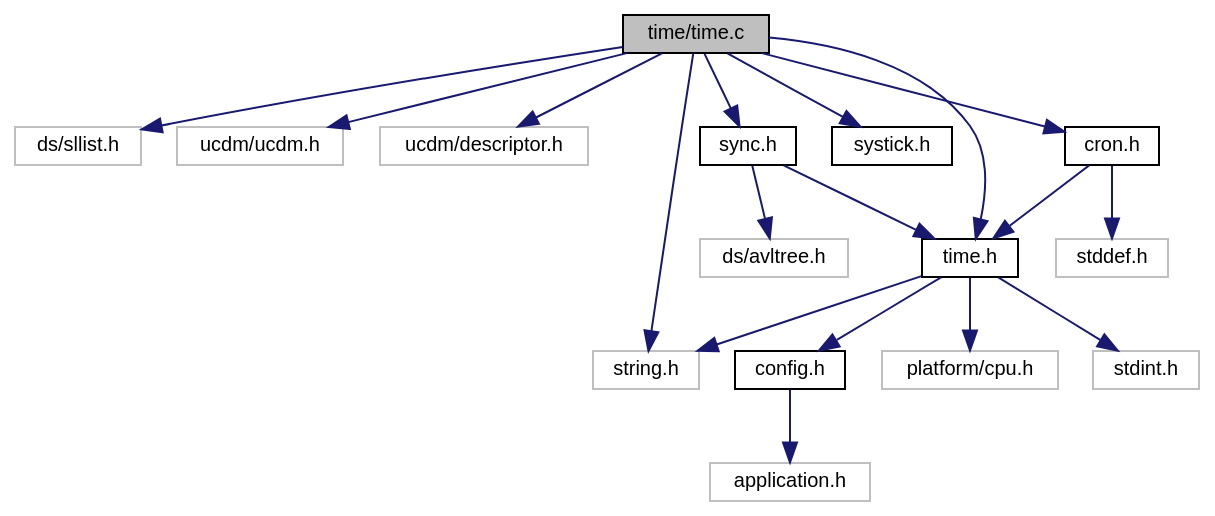
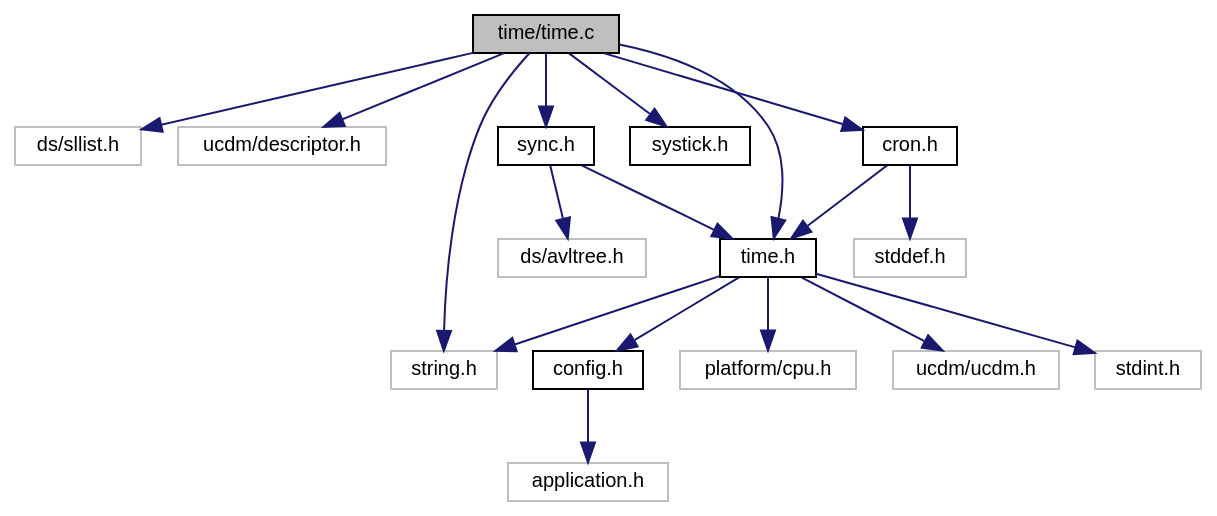
One commit to ebs-universe/piolib-time changed the diagram in time_8c__incl.dot. Above: the diagram before and after it, drawn with Graphviz. The commit also changed 68 other files, not shown here.

```diff
--- a/time_8c__incl.dot
+++ b/time_8c__incl.dot
@@ -1,40 +1,40 @@
 digraph "time/time.c"
 {
  // INTERACTIVE_SVG=YES
  // LATEX_PDF_SIZE
   bgcolor="transparent";
   edge [fontname="Helvetica",fontsize="10",labelfontname="Helvetica",labelfontsize="10"];
   node [fontname="Helvetica",fontsize="10",shape=record];
   Node1 [label="time/time.c",height=0.2,width=0.4,color="black", fillcolor="grey75", style="filled", fontcolor="black",tooltip="Time related function implementations."];
   Node1 -> Node2 [color="midnightblue",fontsize="10",style="solid",fontname="Helvetica"];
   Node2 [label="ds/sllist.h",height=0.2,width=0.4,color="grey75",tooltip=" "];
   Node1 -> Node3 [color="midnightblue",fontsize="10",style="solid",fontname="Helvetica"];
-  Node3 [label="ucdm/ucdm.h",height=0.2,width=0.4,color="grey75",tooltip=" "];
+  Node3 [label="ucdm/descriptor.h",height=0.2,width=0.4,color="grey75",tooltip=" "];
   Node1 -> Node4 [color="midnightblue",fontsize="10",style="solid",fontname="Helvetica"];
-  Node4 [label="ucdm/descriptor.h",height=0.2,width=0.4,color="grey75",tooltip=" "];
+  Node4 [label="string.h",height=0.2,width=0.4,color="grey75",tooltip=" "];
   Node1 -> Node5 [color="midnightblue",fontsize="10",style="solid",fontname="Helvetica"];
-  Node5 [label="string.h",height=0.2,width=0.4,color="grey75",tooltip=" "];
-  Node1 -> Node6 [color="midnightblue",fontsize="10",style="solid",fontname="Helvetica"];
-  Node6 [label="time.h",height=0.2,width=0.4,color="black",URL="$time_8h.html",tooltip="Time related functions for embebedded systems."];
-  Node6 -> Node7 [color="midnightblue",fontsize="10",style="solid",fontname="Helvetica"];
-  Node7 [label="stdint.h",height=0.2,width=0.4,color="grey75",tooltip=" "];
-  Node6 -> Node5 [color="midnightblue",fontsize="10",style="solid",fontname="Helvetica"];
-  Node6 -> Node8 [color="midnightblue",fontsize="10",style="solid",fontname="Helvetica"];
-  Node8 [label="config.h",height=0.2,width=0.4,color="black",URL="$config_8h_source.html",tooltip=" "];
-  Node8 -> Node9 [color="midnightblue",fontsize="10",style="solid",fontname="Helvetica"];
-  Node9 [label="application.h",height=0.2,width=0.4,color="grey75",tooltip=" "];
-  Node6 -> Node10 [color="midnightblue",fontsize="10",style="solid",fontname="Helvetica"];
-  Node10 [label="platform/cpu.h",height=0.2,width=0.4,color="grey75",tooltip=" "];
+  Node5 [label="time.h",height=0.2,width=0.4,color="black",URL="$time_8h.html",tooltip="Time related functions for embebedded systems."];
+  Node5 -> Node6 [color="midnightblue",fontsize="10",style="solid",fontname="Helvetica"];
+  Node6 [label="stdint.h",height=0.2,width=0.4,color="grey75",tooltip=" "];
+  Node5 -> Node4 [color="midnightblue",fontsize="10",style="solid",fontname="Helvetica"];
+  Node5 -> Node7 [color="midnightblue",fontsize="10",style="solid",fontname="Helvetica"];
+  Node7 [label="config.h",height=0.2,width=0.4,color="black",URL="$config_8h_source.html",tooltip=" "];
+  Node7 -> Node8 [color="midnightblue",fontsize="10",style="solid",fontname="Helvetica"];
+  Node8 [label="application.h",height=0.2,width=0.4,color="grey75",tooltip=" "];
+  Node5 -> Node9 [color="midnightblue",fontsize="10",style="solid",fontname="Helvetica"];
+  Node9 [label="platform/cpu.h",height=0.2,width=0.4,color="grey75",tooltip=" "];
+  Node5 -> Node10 [color="midnightblue",fontsize="10",style="solid",fontname="Helvetica"];
+  Node10 [label="ucdm/ucdm.h",height=0.2,width=0.4,color="grey75",tooltip=" "];
   Node1 -> Node11 [color="midnightblue",fontsize="10",style="solid",fontname="Helvetica"];
   Node11 [label="systick.h",height=0.2,width=0.4,color="black",URL="$systick_8h_source.html",tooltip=" "];
   Node1 -> Node12 [color="midnightblue",fontsize="10",style="solid",fontname="Helvetica"];
   Node12 [label="sync.h",height=0.2,width=0.4,color="black",URL="$sync_8h.html",tooltip="Time synchonization functions for embebedded systems."];
   Node12 -> Node13 [color="midnightblue",fontsize="10",style="solid",fontname="Helvetica"];
   Node13 [label="ds/avltree.h",height=0.2,width=0.4,color="grey75",tooltip=" "];
-  Node12 -> Node6 [color="midnightblue",fontsize="10",style="solid",fontname="Helvetica"];
+  Node12 -> Node5 [color="midnightblue",fontsize="10",style="solid",fontname="Helvetica"];
   Node1 -> Node14 [color="midnightblue",fontsize="10",style="solid",fontname="Helvetica"];
   Node14 [label="cron.h",height=0.2,width=0.4,color="black",URL="$cron_8h.html",tooltip="Cron-like scheduling framework for embebedded systems."];
   Node14 -> Node15 [color="midnightblue",fontsize="10",style="solid",fontname="Helvetica"];
   Node15 [label="stddef.h",height=0.2,width=0.4,color="grey75",tooltip=" "];
-  Node14 -> Node6 [color="midnightblue",fontsize="10",style="solid",fontname="Helvetica"];
+  Node14 -> Node5 [color="midnightblue",fontsize="10",style="solid",fontname="Helvetica"];
 }
```
